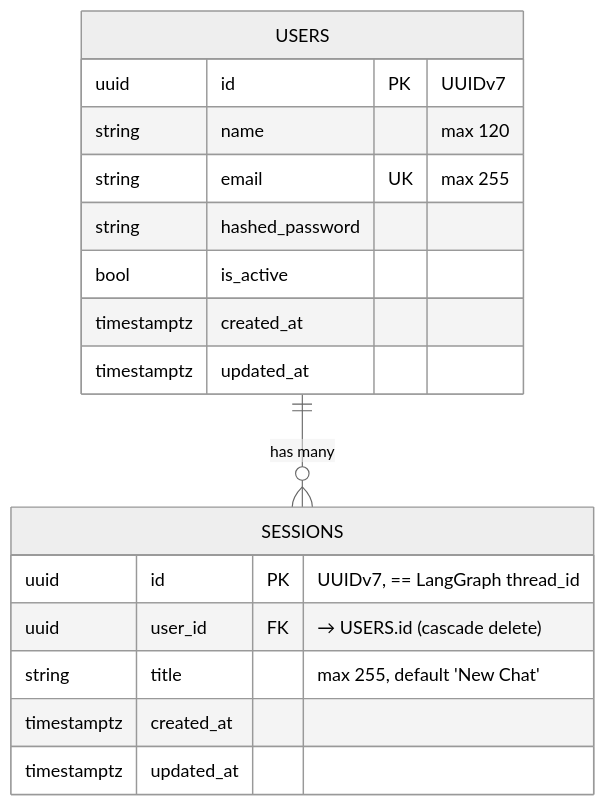
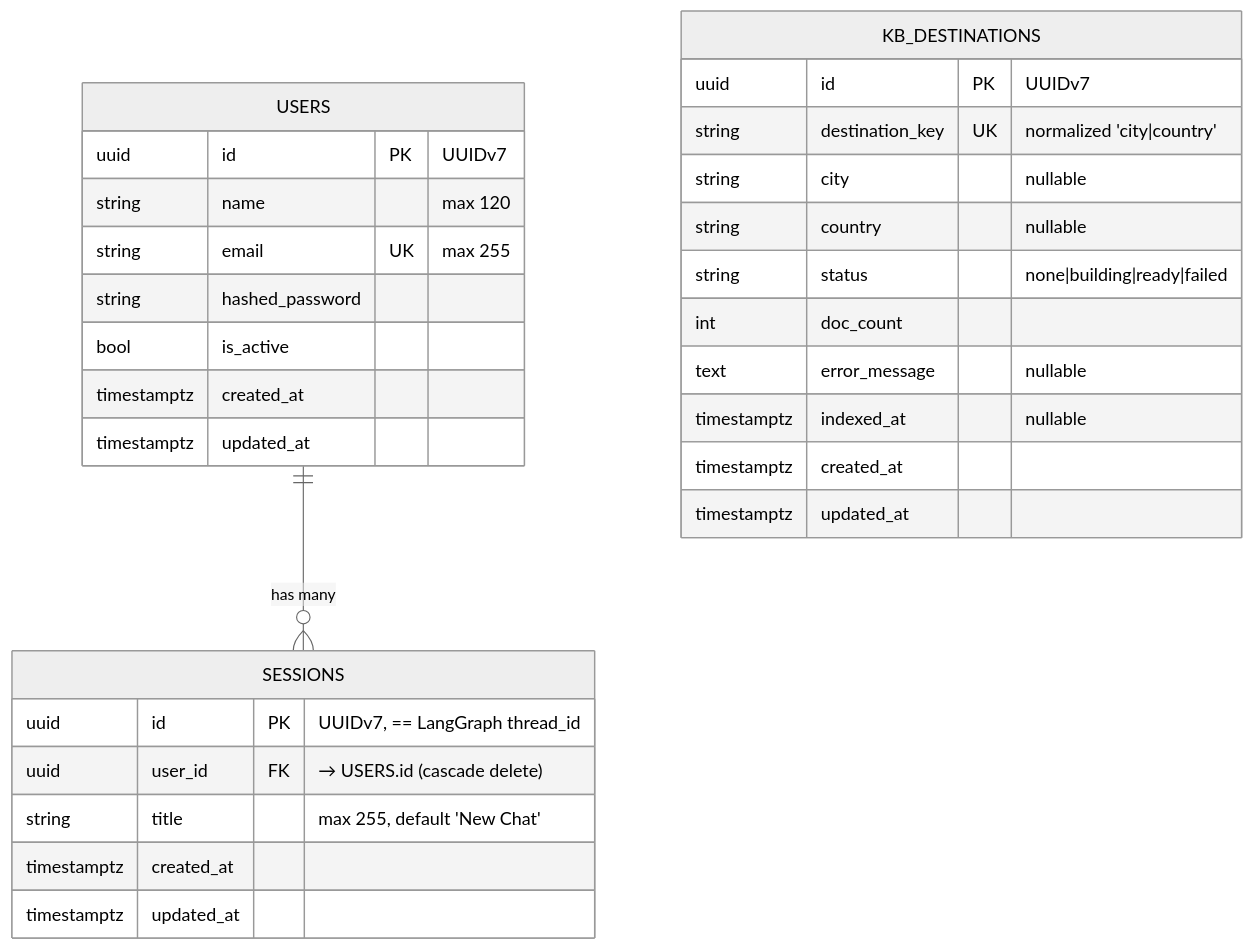
One commit to eng-mostafa-alrahal/autonomous-travel-guide changed the diagram in docs/data-model.md. Above: the diagram before and after it, drawn with Mermaid (neutral theme). The commit also changed other lines of this file and 50 other files, not shown here.

First line of the commit message:
feat(travel): add Knowledge Builder + Travel Planner graphs with KB-miss auto-trigger

````diff
--- a/docs/data-model.md
+++ b/docs/data-model.md
@@ -7,20 +7,32 @@
 ```mermaid
 erDiagram
     USERS ||--o{ SESSIONS : "has many"
     USERS {
       uuid id PK "UUIDv7"
       string name "max 120"
       string email UK "max 255"
       string hashed_password
       bool is_active
       timestamptz created_at
       timestamptz updated_at
     }
     SESSIONS {
       uuid id PK "UUIDv7, == LangGraph thread_id"
       uuid user_id FK "→ USERS.id (cascade delete)"
       string title "max 255, default 'New Chat'"
       timestamptz created_at
       timestamptz updated_at
     }
+    KB_DESTINATIONS {
+      uuid id PK "UUIDv7"
+      string destination_key UK "normalized 'city|country'"
+      string city "nullable"
+      string country "nullable"
+      string status "none|building|ready|failed"
+      int doc_count
+      text error_message "nullable"
+      timestamptz indexed_at "nullable"
+      timestamptz created_at
+      timestamptz updated_at
+    }
 ```
````
